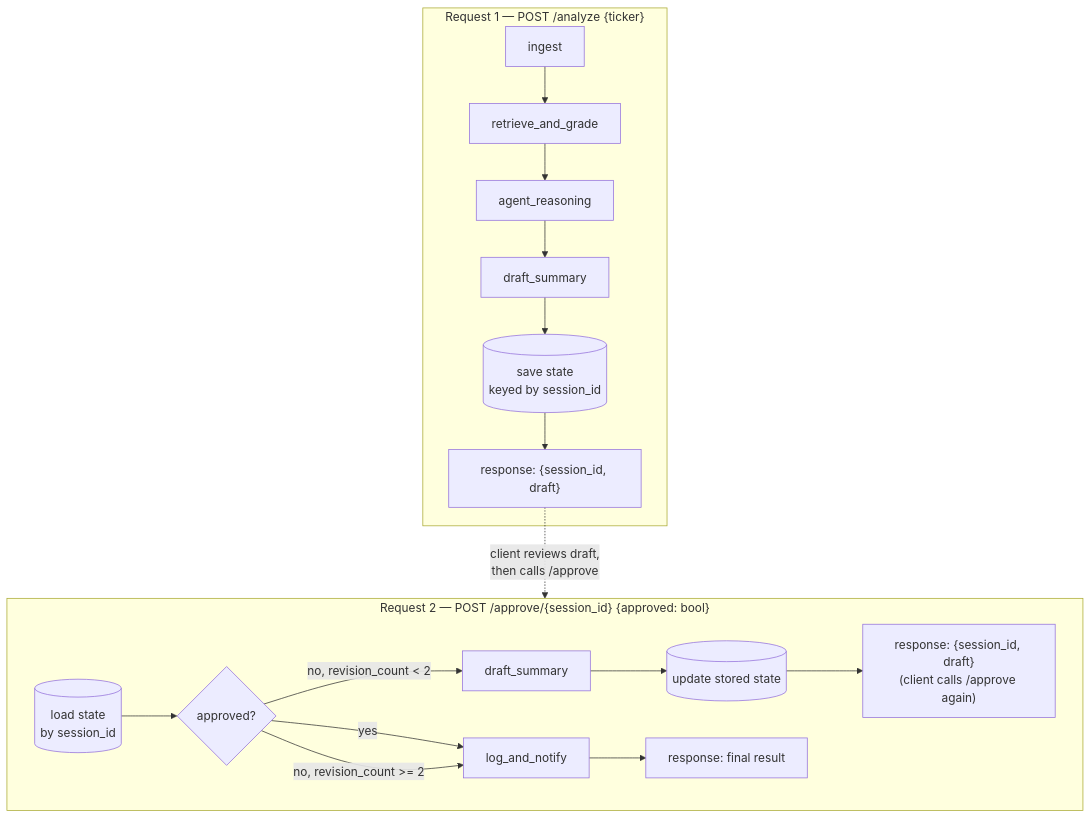
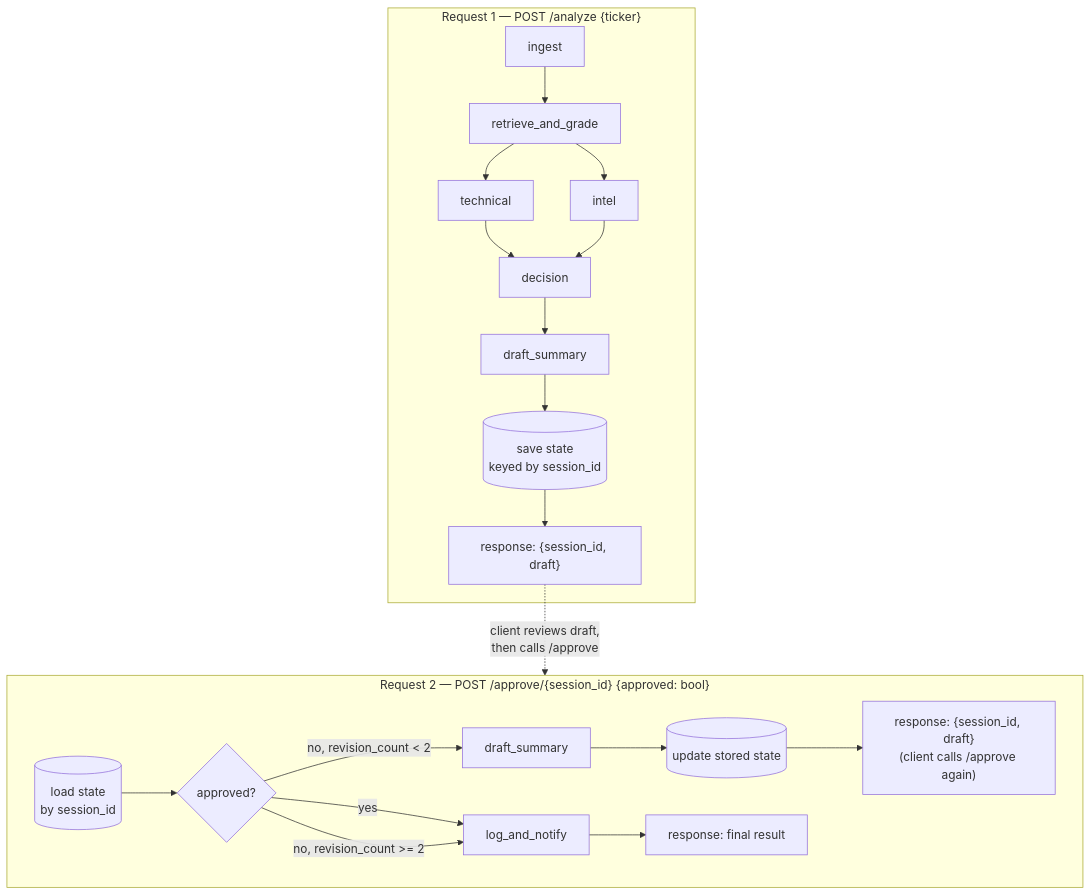
Before and after one commit to Rae-ymr/daily_stock_agent: the second of 2 diagrams in docs/human_checkpoint_flow.md, drawn with Mermaid. The commit also changed other lines of this file and 6 other files, not shown here.

````diff
--- a/docs/human_checkpoint_flow.md
+++ b/docs/human_checkpoint_flow.md
@@ -29,20 +33,23 @@
 ```mermaid
 flowchart TD
     subgraph R1["Request 1 — POST /analyze {ticker}"]
         A[ingest] --> B[retrieve_and_grade]
-        B --> C[agent_reasoning]
-        C --> D[draft_summary]
+        B --> T[technical]
+        B --> I[intel]
+        T --> DEC[decision]
+        I --> DEC
+        DEC --> D[draft_summary]
         D --> STORE[("save state\nkeyed by session_id")]
         STORE --> RESP1["response: {session_id, draft}"]
     end
 
     RESP1 -.->|client reviews draft,\nthen calls /approve| R2
 
     subgraph R2["Request 2 — POST /approve/{session_id} {approved: bool}"]
         LOAD[("load state\nby session_id")] --> H{approved?}
         H -->|yes| LOG[log_and_notify]
         H -->|no, revision_count < 2| REDRAFT[draft_summary] --> STORE2[("update stored state")] --> RESP2["response: {session_id, draft}\n(client calls /approve again)"]
         H -->|no, revision_count >= 2| LOG
         LOG --> RESP3["response: final result"]
     end
 ```
````
